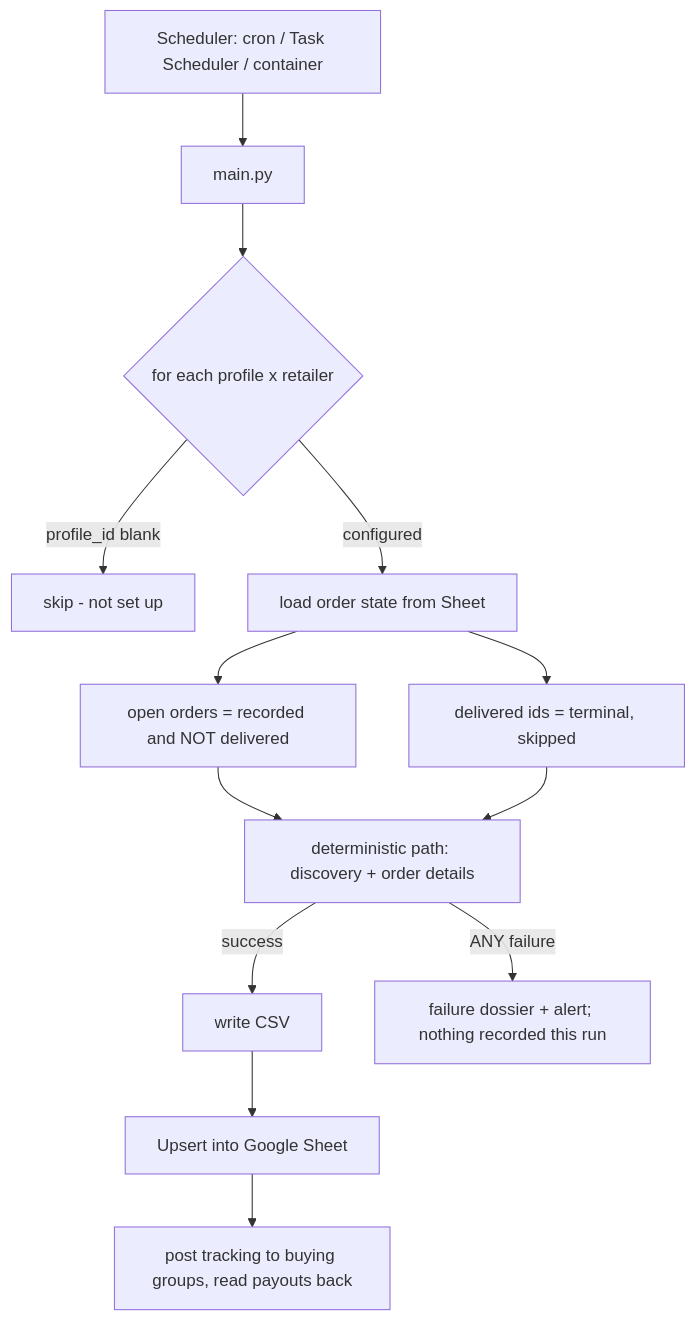
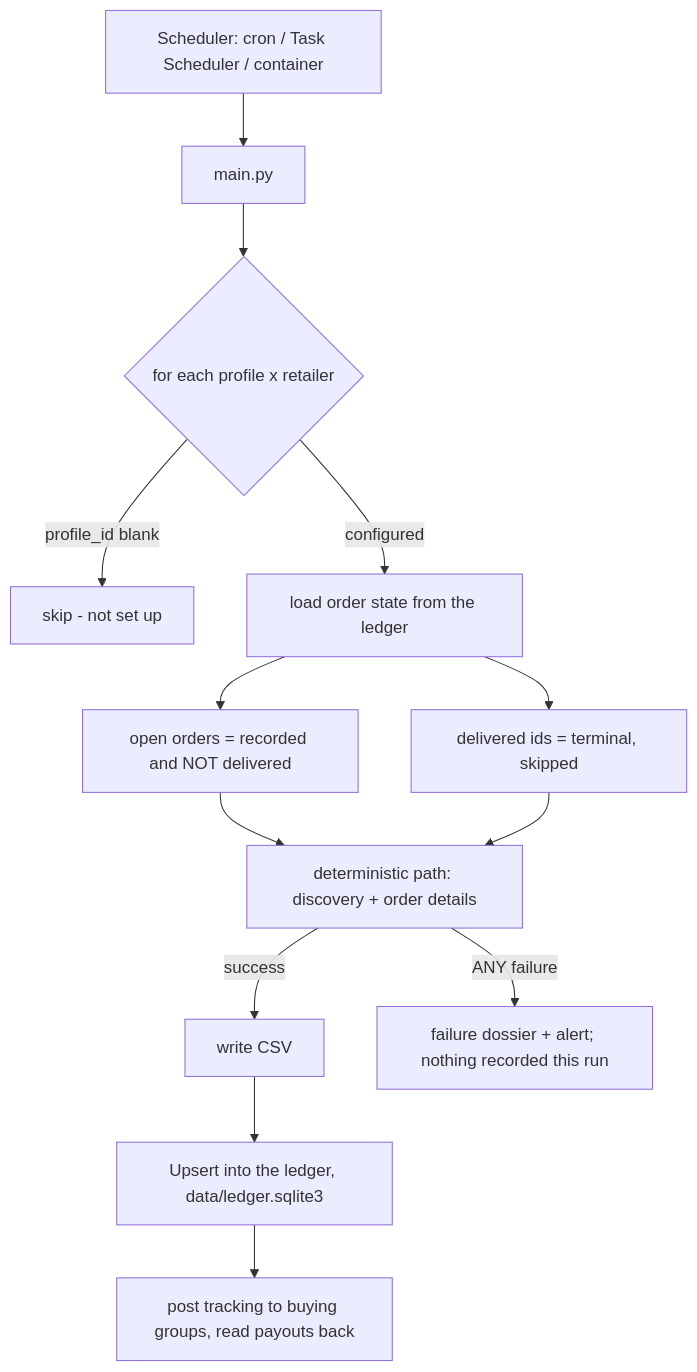
Before and after one commit to ango-dev/BuyingGroupLedger: the first of 2 diagrams in docs/architecture.md, drawn with Mermaid. The commit also changed other lines of this file and 99 other files, not shown here.

Commit message:
Docs: drop remaining Google Sheet references

````diff
--- a/docs/architecture.md
+++ b/docs/architecture.md
@@ -13,15 +13,15 @@
 ```mermaid
 flowchart TD
     A[Scheduler: cron / Task Scheduler / container] --> B[main.py]
     B --> C{for each profile x retailer}
     C -->|profile_id blank| C0[skip - not set up]
-    C -->|configured| D[load order state from Sheet]
+    C -->|configured| D[load order state from the ledger]
     D --> E[open orders = recorded and NOT delivered]
     D --> F[delivered ids = terminal, skipped]
     E --> G[deterministic path: discovery + order details]
     F --> G
     G -->|success| K[write CSV]
     G -->|ANY failure| Z[failure dossier + alert; nothing recorded this run]
-    K --> L[Upsert into Google Sheet]
+    K --> L[Upsert into the ledger, data/ledger.sqlite3]
     L --> M[post tracking to buying groups, read payouts back]
 ```
````
